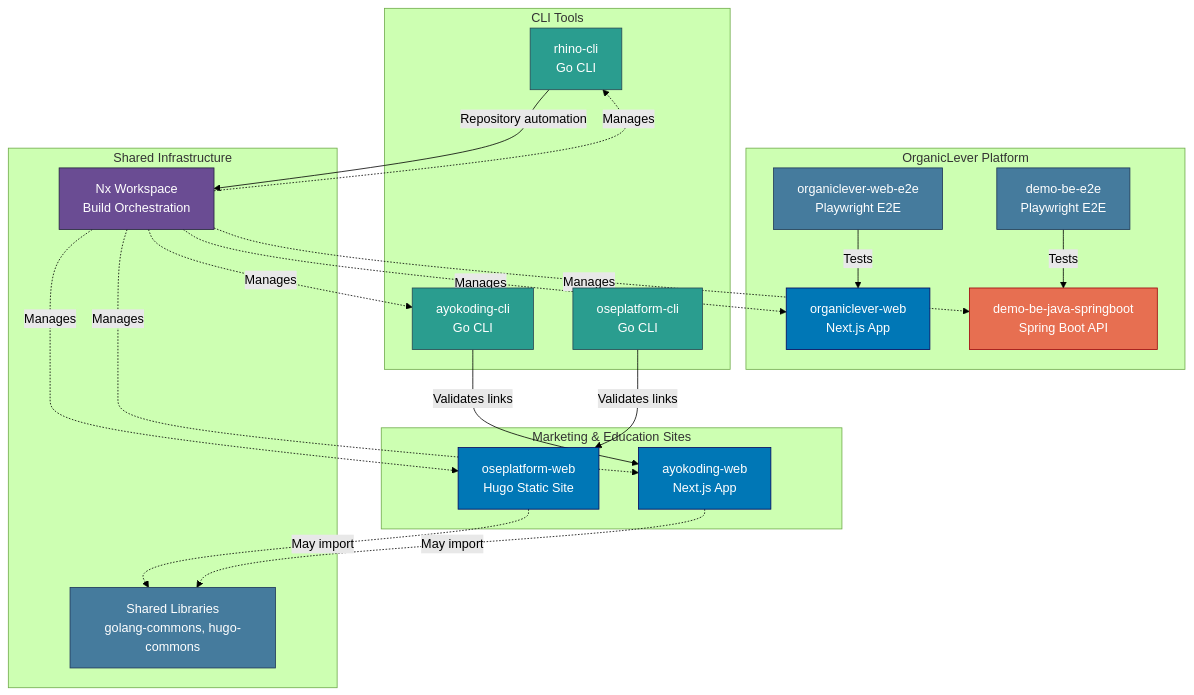
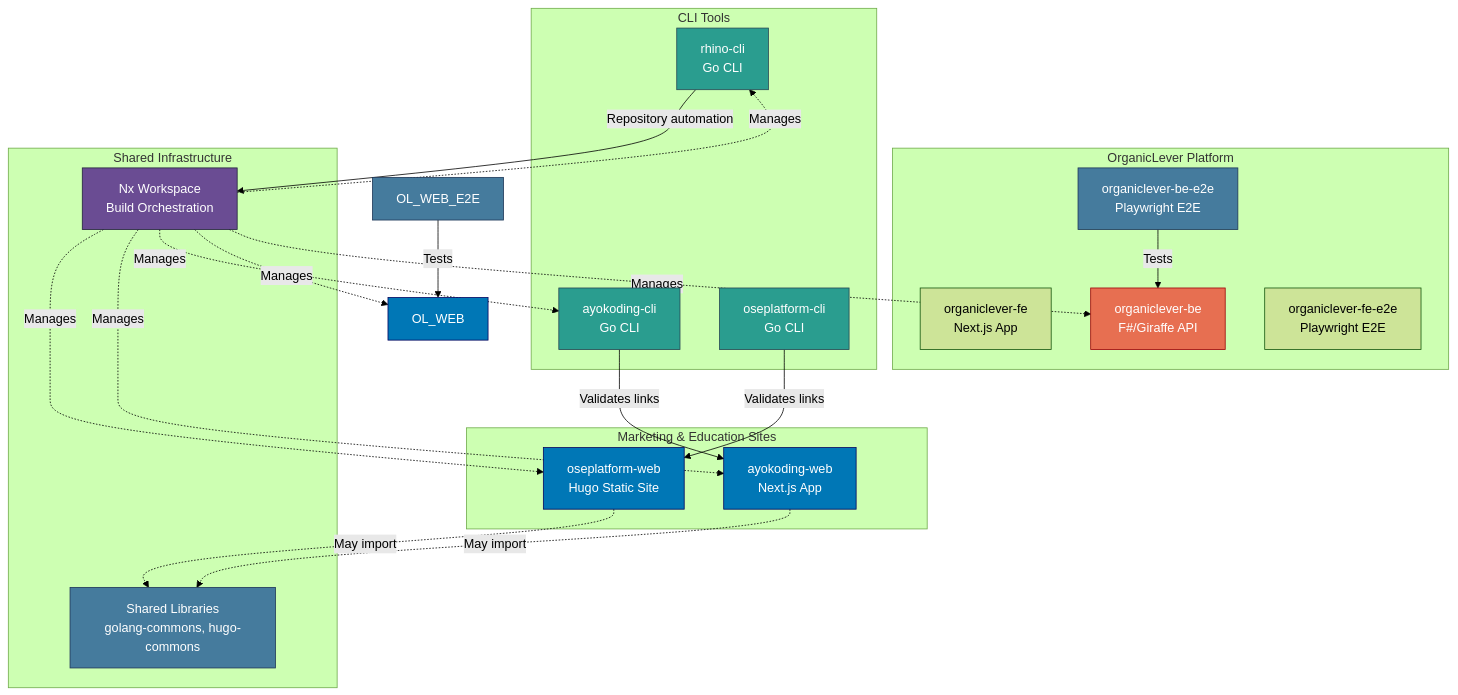
The diagram in docs/reference/system-architecture/re-syar__applications.md (wahidyankf/open-sharia-enterprise), drawn with Mermaid (forest theme) before and after one commit. The commit also changed other lines of this file and 338 other files, not shown here.

````diff
--- a/docs/reference/system-architecture/re-syar__applications.md
+++ b/docs/reference/system-architecture/re-syar__applications.md
@@ -128,53 +136,53 @@
 ```mermaid
 graph TB
     subgraph "Marketing & Education Sites"
         OSE[oseplatform-web<br/>Hugo Static Site]
         AYO[ayokoding-web<br/>Next.js App]
     end
 
     subgraph "OrganicLever Platform"
-        OL_WEB[organiclever-web<br/>Next.js App]
-        OL_BE[demo-be-java-springboot<br/>Spring Boot API]
-        OL_WEB_E2E[organiclever-web-e2e<br/>Playwright E2E]
-        OL_BE_E2E[demo-be-e2e<br/>Playwright E2E]
+        OL_FE[organiclever-fe<br/>Next.js App]
+        OL_BE[organiclever-be<br/>F#/Giraffe API]
+        OL_FE_E2E[organiclever-fe-e2e<br/>Playwright E2E]
+        OL_BE_E2E[organiclever-be-e2e<br/>Playwright E2E]
     end
 
     subgraph "CLI Tools"
         AYOCLI[ayokoding-cli<br/>Go CLI]
         RHINO[rhino-cli<br/>Go CLI]
         OSECLI[oseplatform-cli<br/>Go CLI]
     end
 
     subgraph "Shared Infrastructure"
         NX[Nx Workspace<br/>Build Orchestration]
         LIBS[Shared Libraries<br/>golang-commons, hugo-commons]
     end
 
     AYOCLI -->|Validates links| AYO
     RHINO -->|Repository automation| NX
     OSECLI -->|Validates links| OSE
     OL_WEB_E2E -->|Tests| OL_WEB
     OL_BE_E2E -->|Tests| OL_BE
 
     NX -.->|Manages| OSE
     NX -.->|Manages| AYO
     NX -.->|Manages| AYOCLI
     NX -.->|Manages| RHINO
     NX -.->|Manages| OL_WEB
     NX -.->|Manages| OL_BE
 
     OSE -.->|May import| LIBS
     AYO -.->|May import| LIBS
 
     style OSE fill:#0077b6,stroke:#03045e,color:#ffffff
     style AYO fill:#0077b6,stroke:#03045e,color:#ffffff
     style OL_WEB fill:#0077b6,stroke:#03045e,color:#ffffff
     style OL_BE fill:#e76f51,stroke:#9d0208,color:#ffffff
     style OL_WEB_E2E fill:#457b9d,stroke:#1d3557,color:#ffffff
     style OL_BE_E2E fill:#457b9d,stroke:#1d3557,color:#ffffff
     style AYOCLI fill:#2a9d8f,stroke:#264653,color:#ffffff
     style RHINO fill:#2a9d8f,stroke:#264653,color:#ffffff
     style OSECLI fill:#2a9d8f,stroke:#264653,color:#ffffff
     style NX fill:#6a4c93,stroke:#22223b,color:#ffffff
     style LIBS fill:#457b9d,stroke:#1d3557,color:#ffffff
 ```
````
